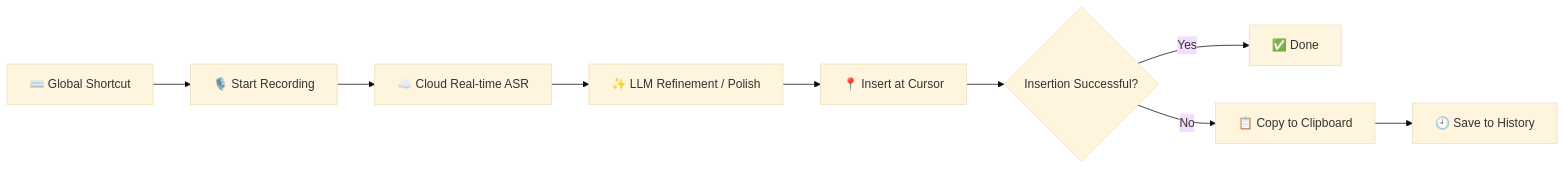
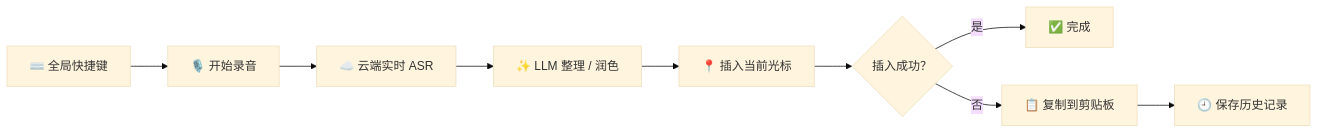
Before and after one commit to EthanYoQ/whisper-input: the first of 5 diagrams in README.md, drawn with Mermaid (base theme). The commit also changed other lines of this file and 2 other files, not shown here.

````diff
--- a/README.md
+++ b/README.md
@@ -59,11 +55,11 @@
 ```mermaid
 flowchart LR
-  A["⌨️ Global Shortcut"] --> B["🎙️ Start Recording"]
-  B --> C["☁️ Cloud Real-time ASR"]
-  C --> D["✨ LLM Refinement / Polish"]
-  D --> E["📍 Insert at Cursor"]
-  E --> F{"Insertion Successful?"}
-  F -->|Yes| G["✅ Done"]
-  F -->|No| H["📋 Copy to Clipboard"]
-  H --> I["🕘 Save to History"]
+  A["⌨️ 全局快捷键"] --> B["🎙️ 开始录音"]
+  B --> C["☁️ 云端实时 ASR"]
+  C --> D["✨ LLM 整理 / 润色"]
+  D --> E["📍 插入当前光标"]
+  E --> F{"插入成功？"}
+  F -->|是| G["✅ 完成"]
+  F -->|否| H["📋 复制到剪贴板"]
+  H --> I["🕘 保存历史记录"]
 ```
````
